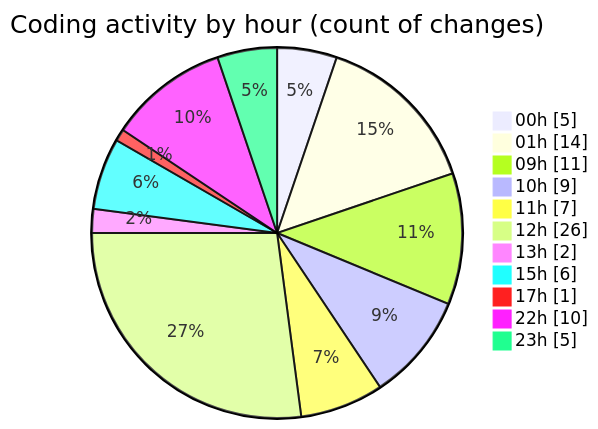
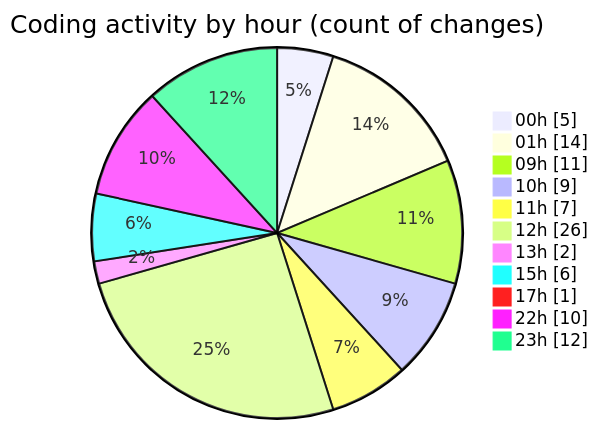
One commit to julien-gomy/code-tracking changed the second of 2 diagrams in 2025-11-26/eventscop-frontend-guide__workspace_/README.md. Above: the diagram before and after it, drawn with Mermaid. The commit also changed other lines of this file and 1 other file, not shown here.

````diff
--- a/2025-11-26/eventscop-frontend-guide__workspace_/README.md
+++ b/2025-11-26/eventscop-frontend-guide__workspace_/README.md
@@ -51,15 +51,15 @@
 ```mermaid
 pie showData
 title Coding activity by hour (count of changes)
 "00h" : 5
 "01h" : 14
 "09h" : 11
 "10h" : 9
 "11h" : 7
 "12h" : 26
 "13h" : 2
 "15h" : 6
 "17h" : 1
 "22h" : 10
-"23h" : 5
+"23h" : 12
 ```
````
